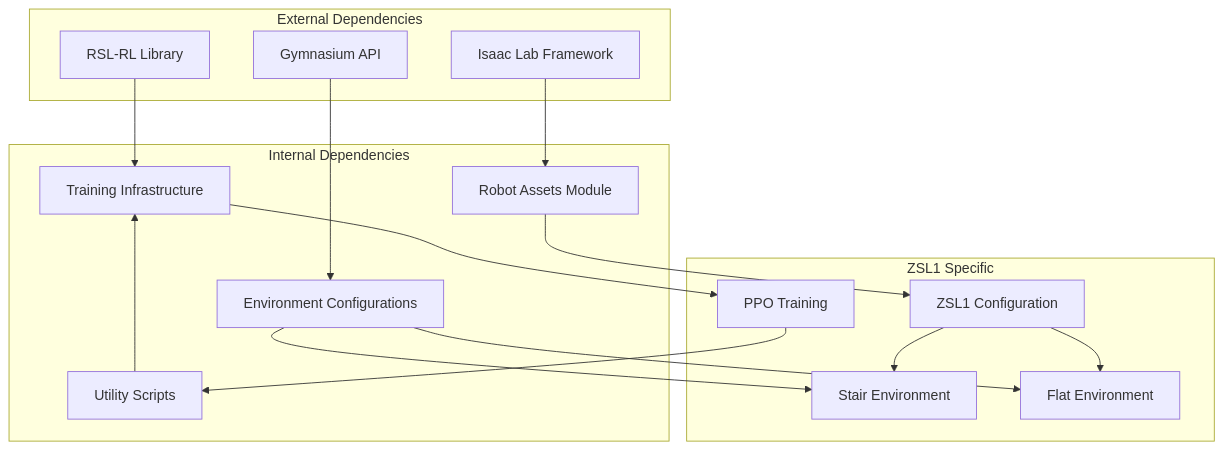
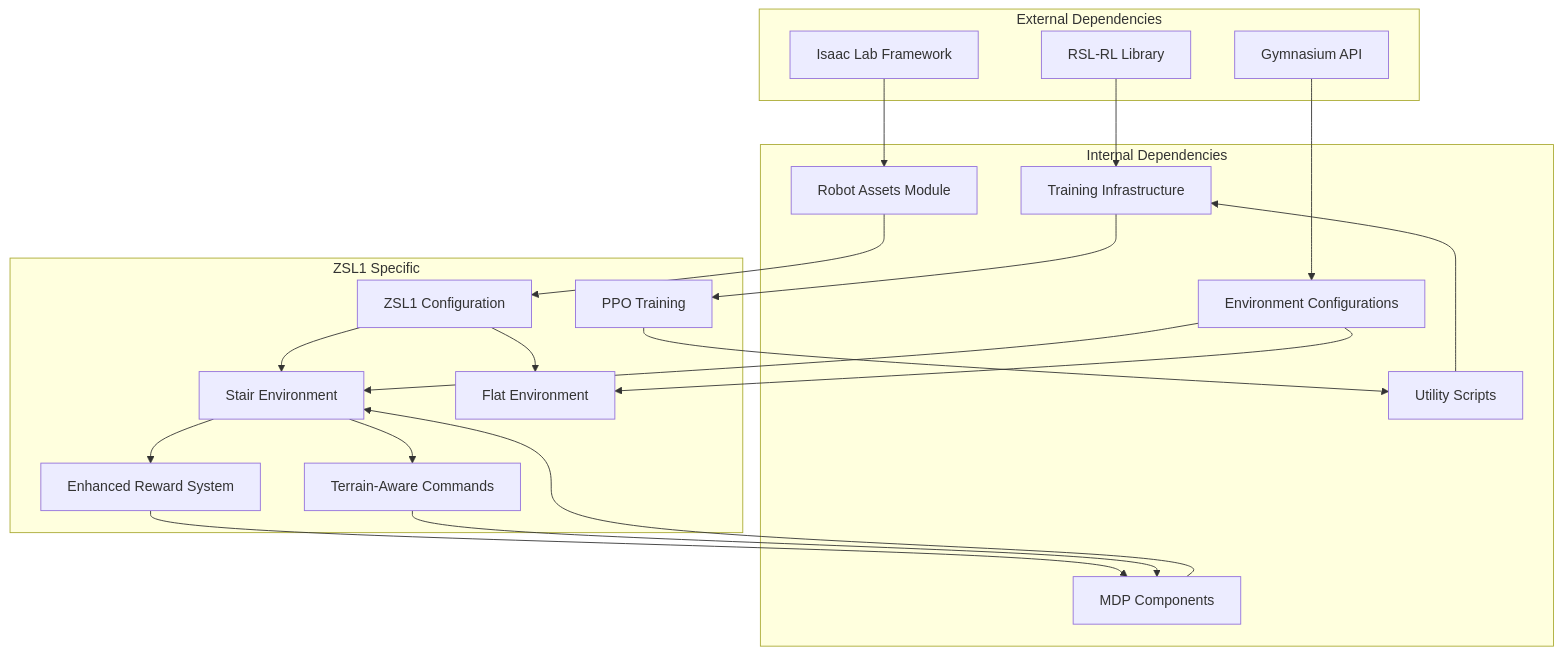
The eighth of 8 diagrams in .qoder/repowiki/en/content/ZSIBOT ZSL1 Stair Climbing Configuration.md (jayjayhust/robot_lab), drawn with Mermaid before and after one commit. The commit also changed other lines of this file and 10 other files, not shown here.

````diff
--- a/.qoder/repowiki/en/content/ZSIBOT ZSL1 Stair Climbing Configuration.md
+++ b/.qoder/repowiki/en/content/ZSIBOT ZSL1 Stair Climbing Configuration.md
@@ -272,31 +403,39 @@
 ```mermaid
 graph TB
 subgraph "External Dependencies"
 ISAACLAB["Isaac Lab Framework"]
 RSL_RL["RSL-RL Library"]
 GYMNASIUM["Gymnasium API"]
 end
 subgraph "Internal Dependencies"
 ASSETS["Robot Assets Module"]
 ENV_CONFIG["Environment Configurations"]
 TRAINING["Training Infrastructure"]
 SCRIPTS["Utility Scripts"]
+MDP["MDP Components"]
 end
 subgraph "ZSL1 Specific"
 ZSL1_CFG["ZSL1 Configuration"]
 STAIR_CFG["Stair Environment"]
 FLAT_CFG["Flat Environment"]
 PPO_CFG["PPO Training"]
+ENHANCED_REWARDS["Enhanced Reward System"]
+TERRAIN_COMMANDS["Terrain-Aware Commands"]
 end
 ISAACLAB --> ASSETS
 RSL_RL --> TRAINING
 GYMNASIUM --> ENV_CONFIG
 ASSETS --> ZSL1_CFG
 ENV_CONFIG --> STAIR_CFG
 ENV_CONFIG --> FLAT_CFG
 TRAINING --> PPO_CFG
 SCRIPTS --> TRAINING
 ZSL1_CFG --> STAIR_CFG
 ZSL1_CFG --> FLAT_CFG
 PPO_CFG --> SCRIPTS
+STAIR_CFG --> ENHANCED_REWARDS
+STAIR_CFG --> TERRAIN_COMMANDS
+ENHANCED_REWARDS --> MDP
+TERRAIN_COMMANDS --> MDP
+MDP --> STAIR_CFG
 ```
````
